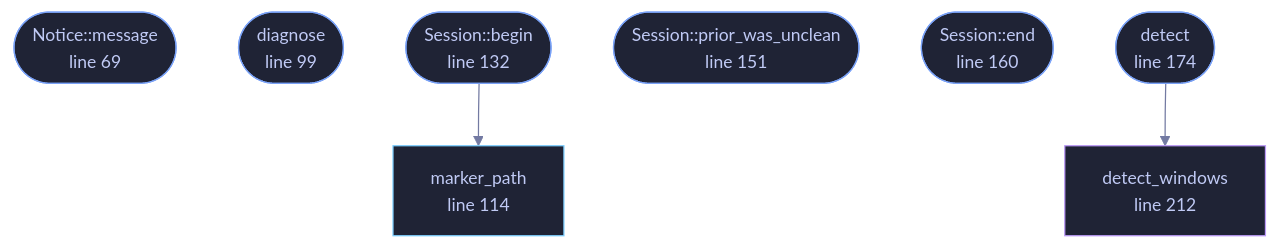
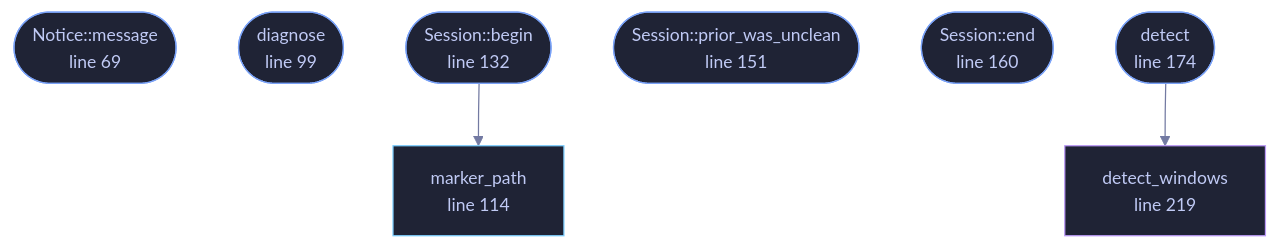
The diagram in docs/files/veilvoice-gui/avnotice.md (tilas01/veilvoice), drawn with Mermaid before and after one commit. The commit also changed other lines of this file and 96 other files, not shown here.

````diff
--- a/docs/files/veilvoice-gui/avnotice.md
+++ b/docs/files/veilvoice-gui/avnotice.md
@@ -108,28 +108,28 @@
 ```mermaid
 %%{init: {"theme":"base","themeVariables":{"background":"#1a1b26","primaryColor":"#1f2335","primaryTextColor":"#c0caf5","primaryBorderColor":"#7aa2f7","secondaryColor":"#16161e","tertiaryColor":"#16161e","lineColor":"#737aa2","textColor":"#c0caf5","mainBkg":"#1f2335","nodeBorder":"#7aa2f7","clusterBkg":"#16161e","clusterBorder":"#2f3549","fontFamily":"ui-monospace, SFMono-Regular, Consolas, monospace","fontSize":"14px"}}}%%
 flowchart TD
     n_message(["Notice::message<br/>line 69"])
     n_diagnose(["diagnose<br/>line 99"])
     n_marker_path["marker_path<br/>line 114"]
     n_begin(["Session::begin<br/>line 132"])
     n_prior_was_unclean(["Session::prior_was_unclean<br/>line 151"])
     n_end(["Session::end<br/>line 160"])
     n_detect(["detect<br/>line 174"])
-    n_detect_windows["detect_windows<br/>line 212"]
+    n_detect_windows["detect_windows<br/>line 219"]
     n_begin --> n_marker_path
     n_detect --> n_detect_windows
     click n_message href "https://github.com/tilas01/veilvoice/blob/main/crates/veilvoice-gui/src/avnotice.rs#L69" "open the source"
     click n_diagnose href "https://github.com/tilas01/veilvoice/blob/main/crates/veilvoice-gui/src/avnotice.rs#L99" "open the source"
     click n_marker_path href "https://github.com/tilas01/veilvoice/blob/main/crates/veilvoice-gui/src/avnotice.rs#L114" "open the source"
     click n_begin href "https://github.com/tilas01/veilvoice/blob/main/crates/veilvoice-gui/src/avnotice.rs#L132" "open the source"
     click n_prior_was_unclean href "https://github.com/tilas01/veilvoice/blob/main/crates/veilvoice-gui/src/avnotice.rs#L151" "open the source"
     click n_end href "https://github.com/tilas01/veilvoice/blob/main/crates/veilvoice-gui/src/avnotice.rs#L160" "open the source"
     click n_detect href "https://github.com/tilas01/veilvoice/blob/main/crates/veilvoice-gui/src/avnotice.rs#L174" "open the source"
-    click n_detect_windows href "https://github.com/tilas01/veilvoice/blob/main/crates/veilvoice-gui/src/avnotice.rs#L212" "open the source"
+    click n_detect_windows href "https://github.com/tilas01/veilvoice/blob/main/crates/veilvoice-gui/src/avnotice.rs#L219" "open the source"
     classDef entry fill:#1f2335,stroke:#7aa2f7,color:#c0caf5
     class n_message,n_diagnose,n_begin,n_prior_was_unclean,n_end,n_detect entry
     classDef api fill:#1f2335,stroke:#7dcfff,color:#c0caf5
     class n_marker_path api
     classDef helper fill:#1f2335,stroke:#bb9af7,color:#c0caf5
     class n_detect_windows helper
 ```
````
